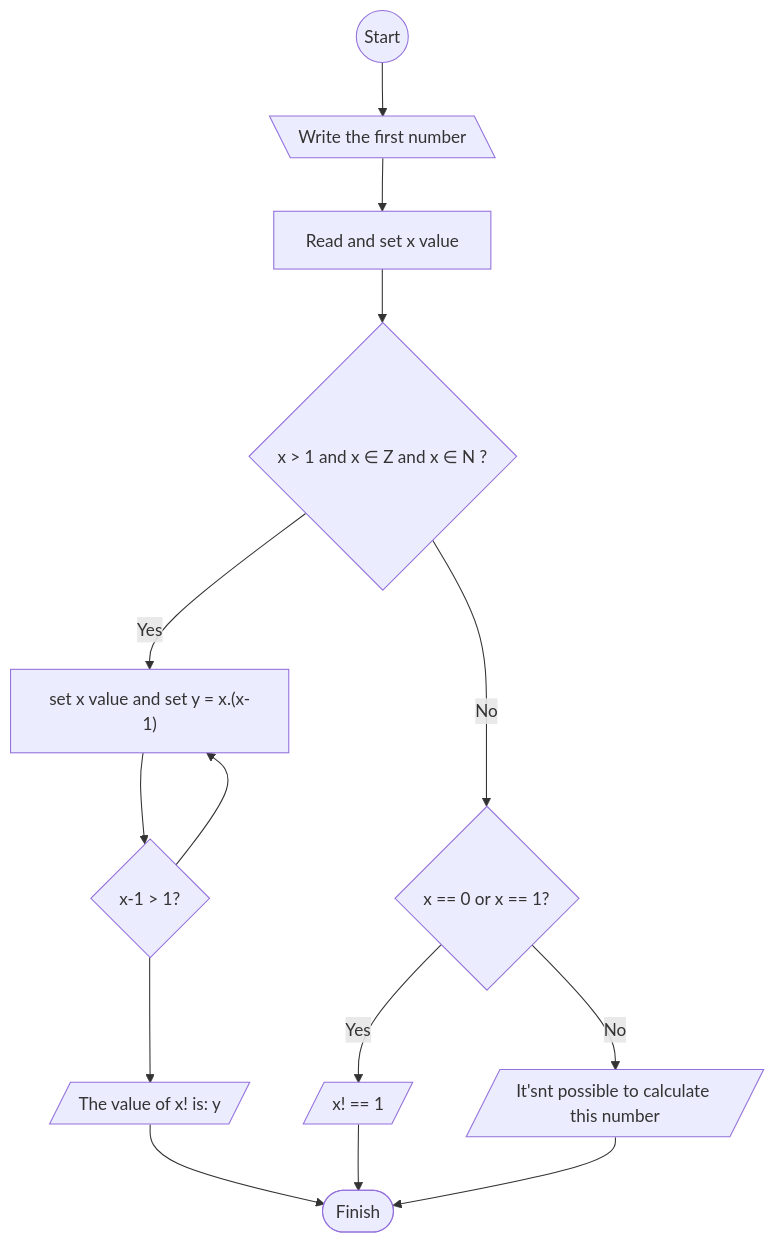
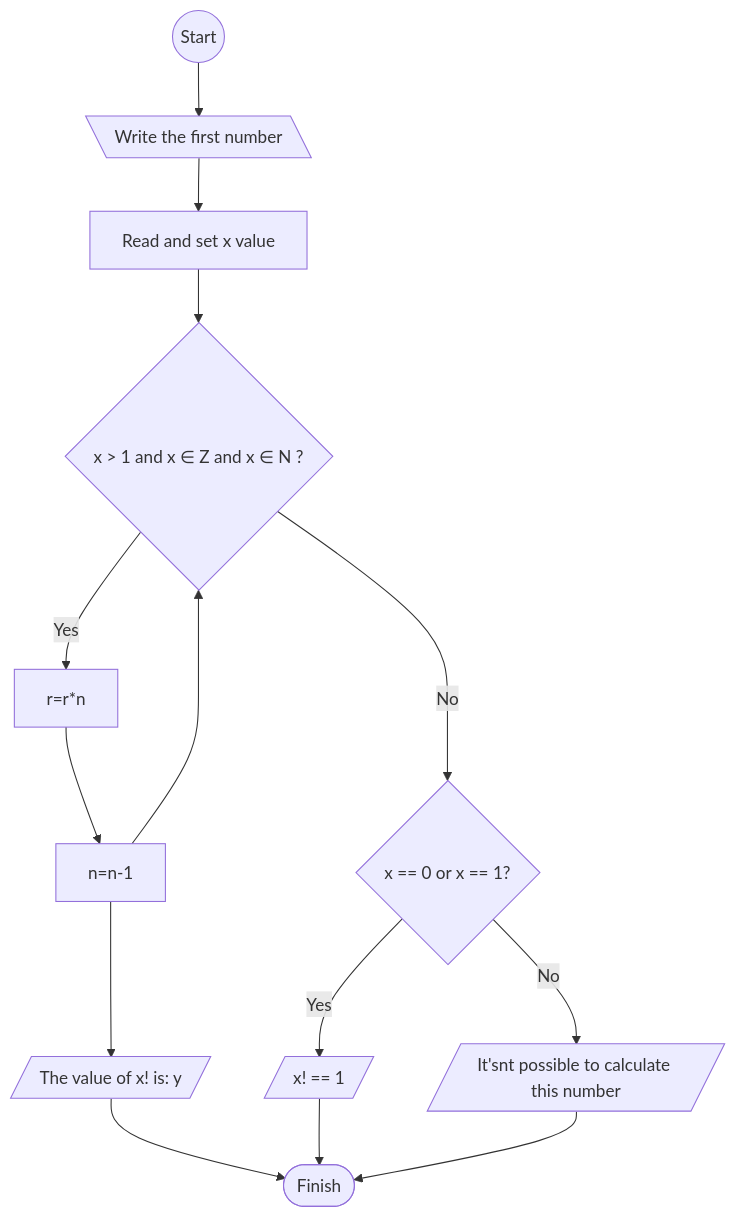
The eighth of 10 diagrams in Listas de Exercícios/LP_Lista_01/README.md (AndreLucas0/aula-LP), drawn with Mermaid before and after one commit.

Commit message:
correção exercício 8

````diff
--- a/Listas de Exercícios/LP_Lista_01/README.md
+++ b/Listas de Exercícios/LP_Lista_01/README.md
@@ -133,17 +133,17 @@
    ```mermaid
    flowchart TD
       Start((Start)) --> input1[\ Write the first number \]
       input1 --> value1[ Read and set x value ]
       value1 --> verification1{" x > 1 and x ∈ Z and x ∈ N ? "}
       verification1 --> |No| A{x == 0 or x == 1?}
-      verification1 --> |Yes| B["set x value and set y = x.(x-1) "]
+      verification1 --> |Yes| B["r=r*n"]
       A --> |No| C[/It'snt possible to calculate this number/]
       A --> |Yes| D[/ x! == 1 /]
-      B --> verification2{x-1 > 1?}
-      verification2 --> B
+      B --> verification2[n=n-1]
+      verification2 --> verification1
       verification2 --> E[/The value of x! is: y/]
       E --> finish([Finish])
       D --> finish
       C --> finish
 
    ```
````
